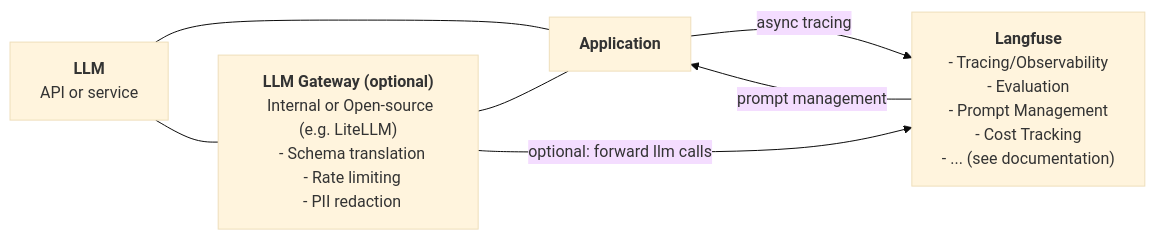
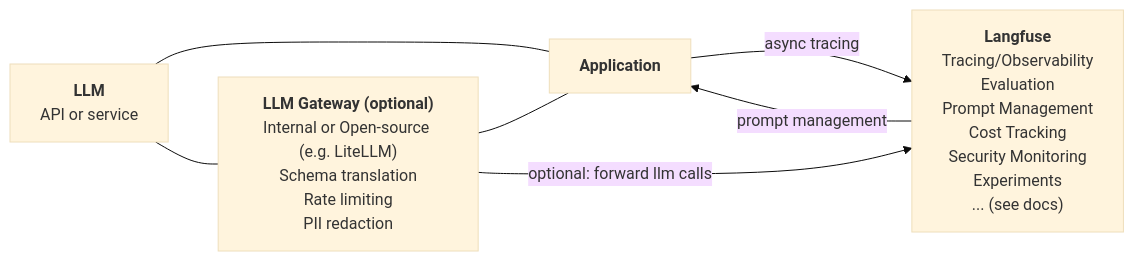
One commit to langfuse/langfuse-docs changed the diagram in pages/enterprise.mdx. Above: the diagram before and after it, drawn with Mermaid (base theme).

Commit message:
fix: enterprise diagram

````diff
--- a/pages/enterprise.mdx
+++ b/pages/enterprise.mdx
@@ -122,23 +122,13 @@
 ```mermaid
 graph LR
-  LLM["<strong>LLM</strong>
-  API or service"]
+  LLM["<strong>LLM</strong><br/>API or service"]
   App["<strong>Application</strong>"]
-  LF["<strong>Langfuse</strong>
-  - Tracing/Observability
-  - Evaluation
-  - Prompt Management
-  - Cost Tracking
-  - ... (see documentation)"]
-  Gateway["<strong>LLM Gateway (optional)</strong>
-  Internal or Open-source (e.g. LiteLLM)
-  - Schema translation
-  - Rate limiting
-  - PII redaction"]
+  LF["<strong>Langfuse</strong><br/>Tracing/Observability<br/>Evaluation<br/>Prompt Management<br/>Cost Tracking<br/>Security Monitoring<br/>Experiments<br/>... (see docs)"]
+  Gateway["<strong>LLM Gateway (optional)</strong><br/>Internal or Open-source (e.g. LiteLLM)<br/>Schema translation<br/>Rate limiting<br/>PII redaction"]
 
   App -->|async tracing|LF
   LF -->|prompt management| App
   LLM --- App
   LLM --- Gateway --- App
   Gateway -->|"optional: forward llm calls"| LF
 ```
````
